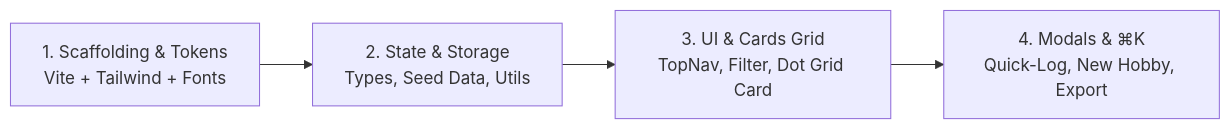
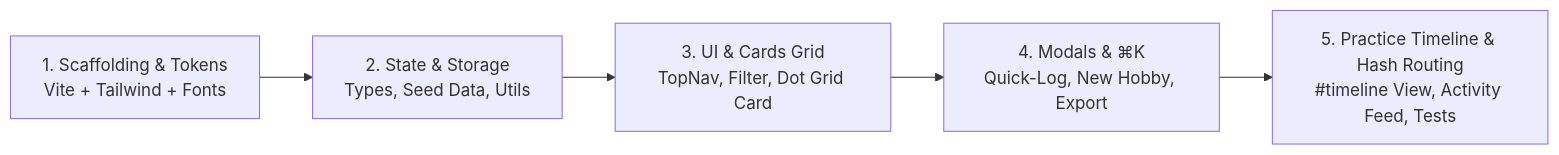
The diagram in plan.md (onlyysaurabh/cadence-google-build-with-ai-oct24), drawn with Mermaid before and after one commit. The commit also changed other lines of this file and 8 other files, not shown here.

Commit message:
feat: implement timeline view, hash routing, and update docs

````diff
--- a/plan.md
+++ b/plan.md
@@ -336,6 +353,7 @@
 ```mermaid
 flowchart LR
     S1["1. Scaffolding & Tokens\nVite + Tailwind + Fonts"] --> S2["2. State & Storage\nTypes, Seed Data, Utils"]
     S2 --> S3["3. UI & Cards Grid\nTopNav, Filter, Dot Grid Card"]
     S3 --> S4["4. Modals & ⌘K\nQuick-Log, New Hobby, Export"]
+    S4 --> S5["5. Practice Timeline & Hash Routing\n#timeline View, Activity Feed, Tests"]
 ```
````
